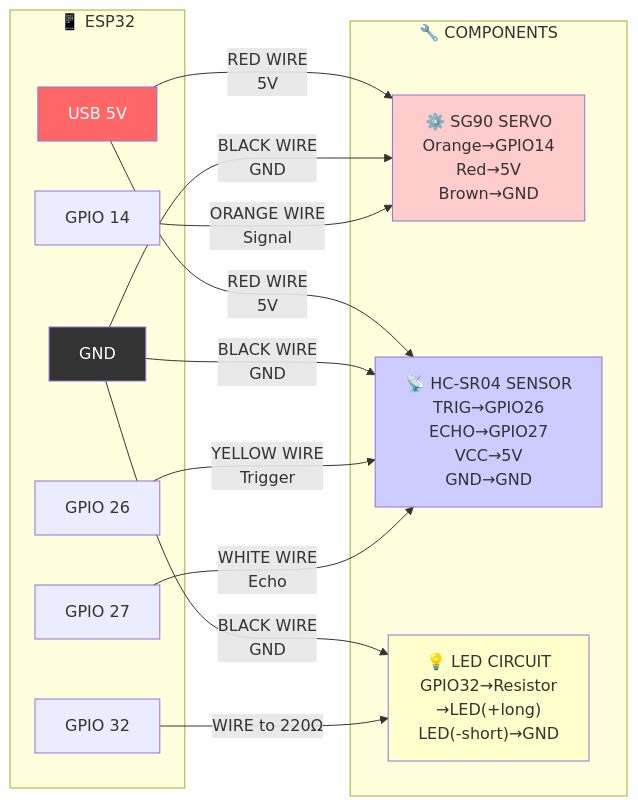
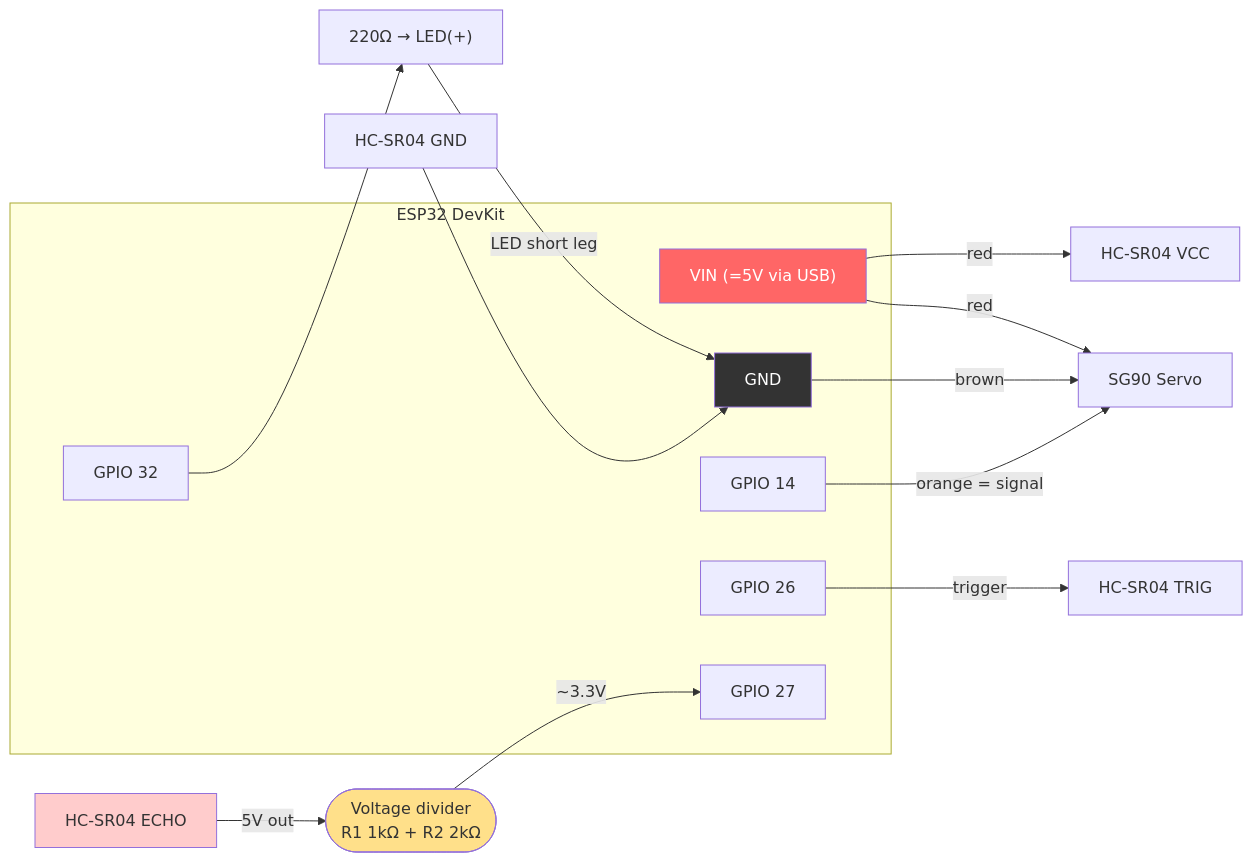
The diagram in docs/WIRING.md (Danncode10/radar-web-dashboard), drawn with Mermaid before and after one commit. The commit also changed other lines of this file and 3 other files, not shown here.

First line of the commit message:
Fix wiring docs (VIN + ECHO voltage divider) and add .claude skills

````diff
--- a/docs/WIRING.md
+++ b/docs/WIRING.md
@@ -20,37 +26,37 @@
 ```mermaid
 graph LR
-    subgraph ESP["📱 ESP32"]
-        USB["USB 5V"]
+    subgraph ESP["ESP32 DevKit"]
+        VIN["VIN (=5V via USB)"]
         GND["GND"]
         G14["GPIO 14"]
         G26["GPIO 26"]
         G27["GPIO 27"]
         G32["GPIO 32"]
     end
-    
-    subgraph PARTS["🔧 COMPONENTS"]
-        SERVO["⚙️ SG90 SERVO<br/>Orange→GPIO14<br/>Red→5V<br/>Brown→GND"]
-        
-        SENSOR["📡 HC-SR04 SENSOR<br/>TRIG→GPIO26<br/>ECHO→GPIO27<br/>VCC→5V<br/>GND→GND"]
-        
-        LEDC["💡 LED CIRCUIT<br/>GPIO32→Resistor<br/>→LED(+long)<br/>LED(-short)→GND"]
-    end
-    
-    USB -->|RED WIRE<br/>5V| SERVO
-    USB -->|RED WIRE<br/>5V| SENSOR
-    
-    GND -->|BLACK WIRE<br/>GND| SERVO
-    GND -->|BLACK WIRE<br/>GND| SENSOR
-    GND -->|BLACK WIRE<br/>GND| LEDC
-    
-    G14 -->|ORANGE WIRE<br/>Signal| SERVO
-    G26 -->|YELLOW WIRE<br/>Trigger| SENSOR
-    G27 -->|WHITE WIRE<br/>Echo| SENSOR
-    G32 -->|WIRE to 220Ω| LEDC
-    
-    style USB fill:#ff6666,color:#fff
+
+    SERVO["SG90 Servo"]
+    SVCC["HC-SR04 VCC"]
+    STRIG["HC-SR04 TRIG"]
+    SECHO["HC-SR04 ECHO"]
+    SGND["HC-SR04 GND"]
+    DIV(["Voltage divider<br/>R1 1kΩ + R2 2kΩ"])
+    RLED["220Ω → LED(+)"]
+
+    VIN -->|red| SERVO
+    VIN -->|red| SVCC
+    G14 -->|orange = signal| SERVO
+    GND -->|brown| SERVO
+
+    G26 -->|trigger| STRIG
+    SECHO -->|5V out| DIV
+    DIV -->|~3.3V| G27
+    SGND --> GND
+
+    G32 --> RLED
+    RLED -->|LED short leg| GND
+
+    style VIN fill:#ff6666,color:#fff
     style GND fill:#333,color:#fff
-    style SERVO fill:#ffcccc
-    style SENSOR fill:#ccccff
-    style LEDC fill:#ffffcc
+    style DIV fill:#ffe08a
+    style SECHO fill:#ffcccc
 ```
````
